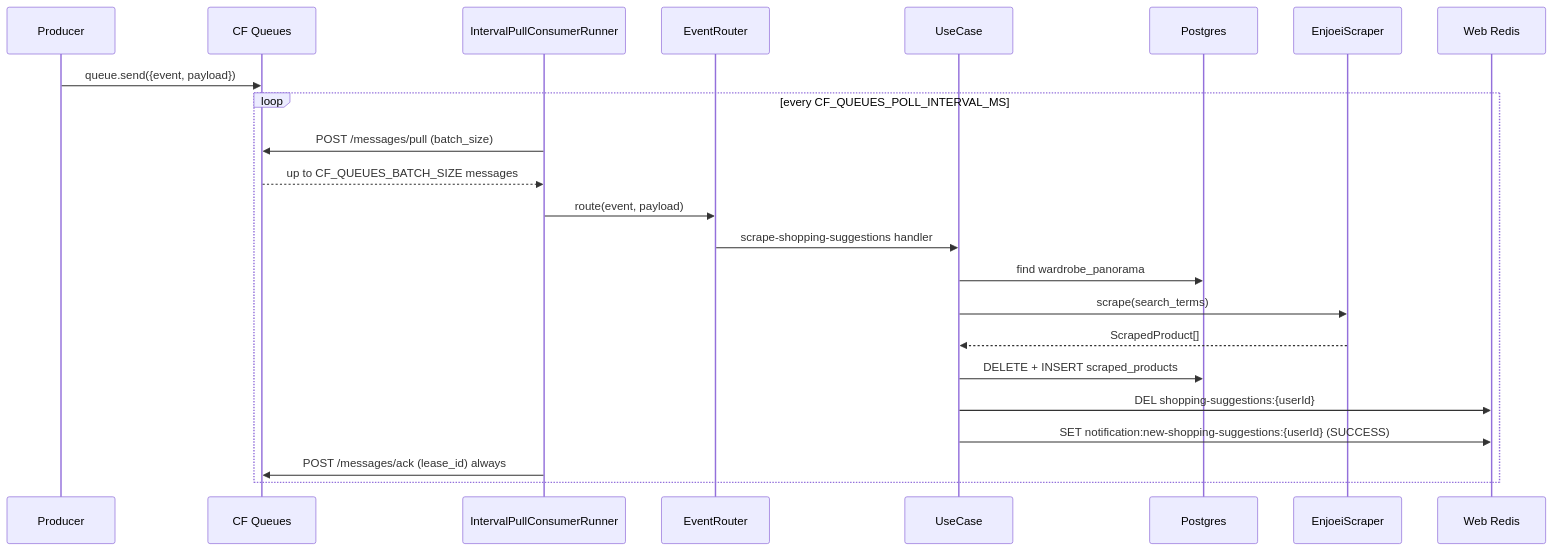
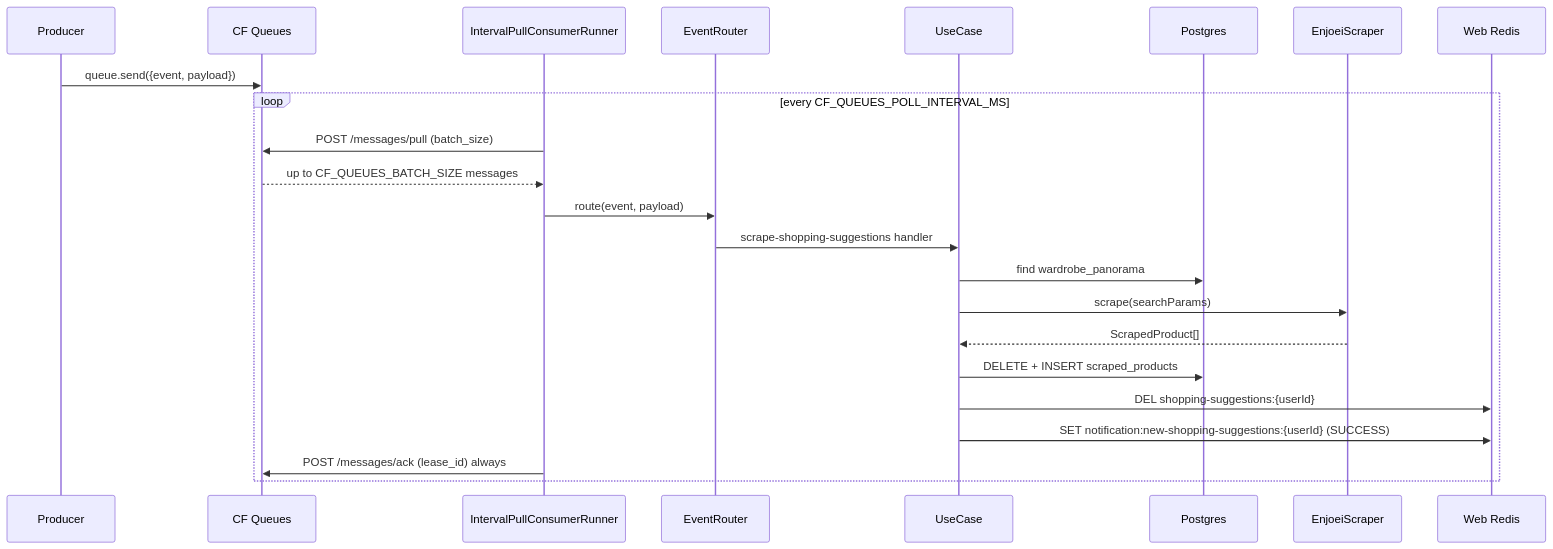
Before and after one commit to emmanuelviniciusdev/SkyDIIV--backstage: the diagram in apps/consumer-shopping-suggestions/docs/SCRAPE_SHOPPING_SUGGESTIONS.md, drawn with Mermaid. The commit also changed other lines of this file and 22 other files, not shown here.

Commit message:
feat(consumer-shopping-suggestions): replace search_terms with structured searchParams

````diff
--- a/apps/consumer-shopping-suggestions/docs/SCRAPE_SHOPPING_SUGGESTIONS.md
+++ b/apps/consumer-shopping-suggestions/docs/SCRAPE_SHOPPING_SUGGESTIONS.md
@@ -53,26 +81,26 @@
 ```mermaid
 sequenceDiagram
   participant P as Producer
   participant Q as CF Queues
   participant R as IntervalPullConsumerRunner
   participant Router as EventRouter
   participant U as UseCase
   participant DB as Postgres
   participant S as EnjoeiScraper
   participant WebRedis as Web Redis
 
   P->>Q: queue.send({event, payload})
   loop every CF_QUEUES_POLL_INTERVAL_MS
     R->>Q: POST /messages/pull (batch_size)
     Q-->>R: up to CF_QUEUES_BATCH_SIZE messages
     R->>Router: route(event, payload)
     Router->>U: scrape-shopping-suggestions handler
     U->>DB: find wardrobe_panorama
-    U->>S: scrape(search_terms)
+    U->>S: scrape(searchParams)
     S-->>U: ScrapedProduct[]
     U->>DB: DELETE + INSERT scraped_products
     U->>WebRedis: DEL shopping-suggestions:{userId}
     U->>WebRedis: SET notification:new-shopping-suggestions:{userId} (SUCCESS)
     R->>Q: POST /messages/ack (lease_id) always
   end
 ```
````
